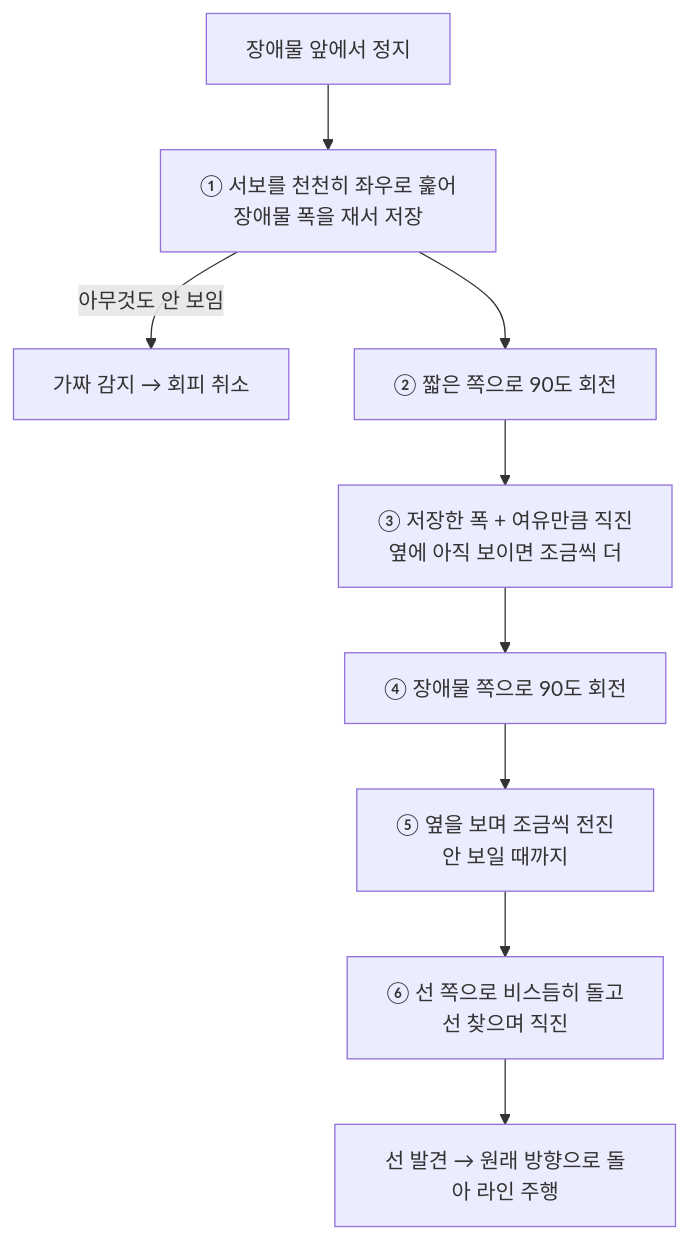
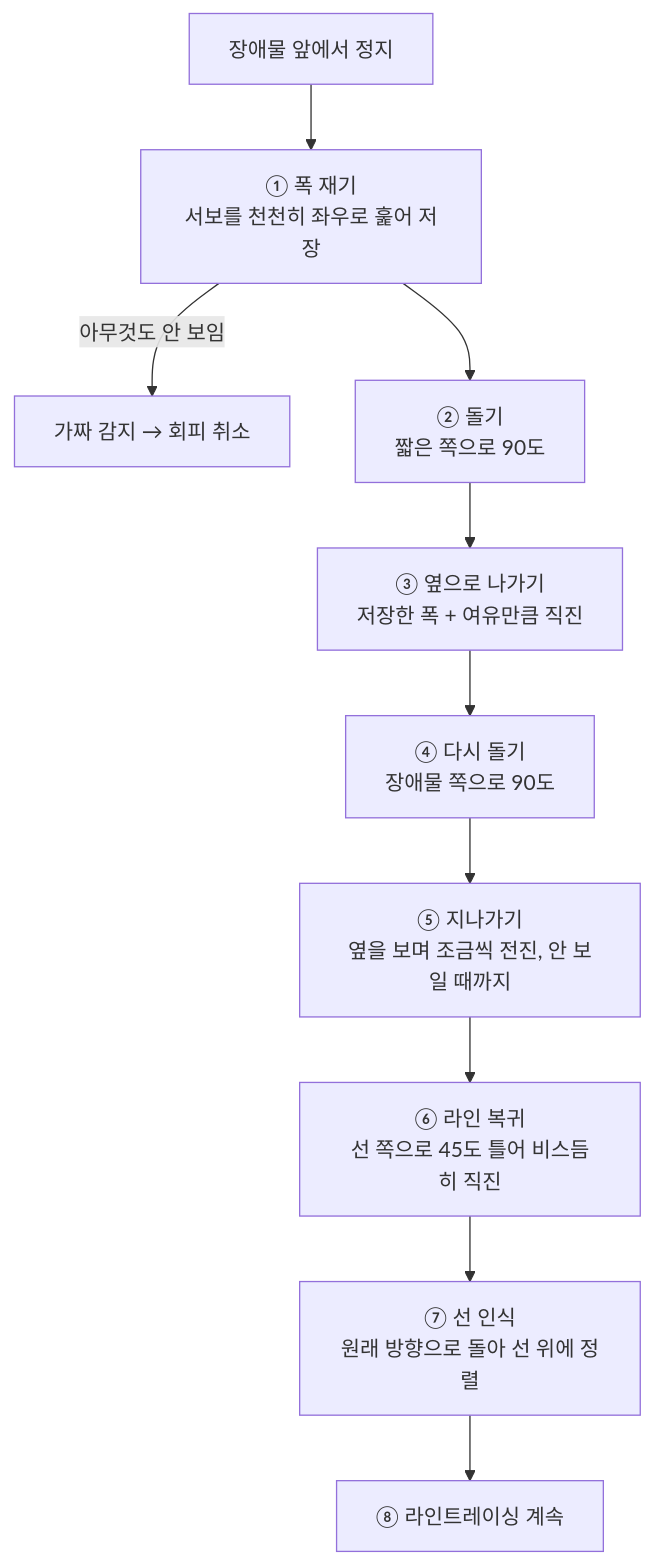
One commit to CHOESEUNGJUN/4wd-rc-car-line-tracer changed the second of 2 diagrams in README.md. Above: the diagram before and after it, drawn with Mermaid. The commit also changed other lines of this file and 1 other file, not shown here.

Commit message:
[미완성] README 회피 단계를 8단계로 분리, 6번부터 미해결로 표시

````diff
--- a/README.md
+++ b/README.md
@@ -62,11 +62,12 @@
 ```mermaid
 flowchart TD
-    S[장애물 앞에서 정지] --> M["① 서보를 천천히 좌우로 훑어<br/>장애물 폭을 재서 저장"]
+    S[장애물 앞에서 정지] --> M["① 폭 재기<br/>서보를 천천히 좌우로 훑어 저장"]
     M -- 아무것도 안 보임 --> X[가짜 감지 → 회피 취소]
-    M --> T["② 짧은 쪽으로 90도 회전"]
-    T --> P1["③ 저장한 폭 + 여유만큼 직진<br/>옆에 아직 보이면 조금씩 더"]
-    P1 --> T2["④ 장애물 쪽으로 90도 회전"]
-    T2 --> P2["⑤ 옆을 보며 조금씩 전진<br/>안 보일 때까지"]
-    P2 --> R["⑥ 선 쪽으로 비스듬히 돌고<br/>선 찾으며 직진"]
-    R --> L[선 발견 → 원래 방향으로 돌아 라인 주행]
+    M --> T["② 돌기<br/>짧은 쪽으로 90도"]
+    T --> P1["③ 옆으로 나가기<br/>저장한 폭 + 여유만큼 직진"]
+    P1 --> T2["④ 다시 돌기<br/>장애물 쪽으로 90도"]
+    T2 --> P2["⑤ 지나가기<br/>옆을 보며 조금씩 전진, 안 보일 때까지"]
+    P2 --> R["⑥ 라인 복귀<br/>선 쪽으로 45도 틀어 비스듬히 직진"]
+    R --> F["⑦ 선 인식<br/>원래 방향으로 돌아 선 위에 정렬"]
+    F --> L["⑧ 라인트레이싱 계속"]
 ```
````
